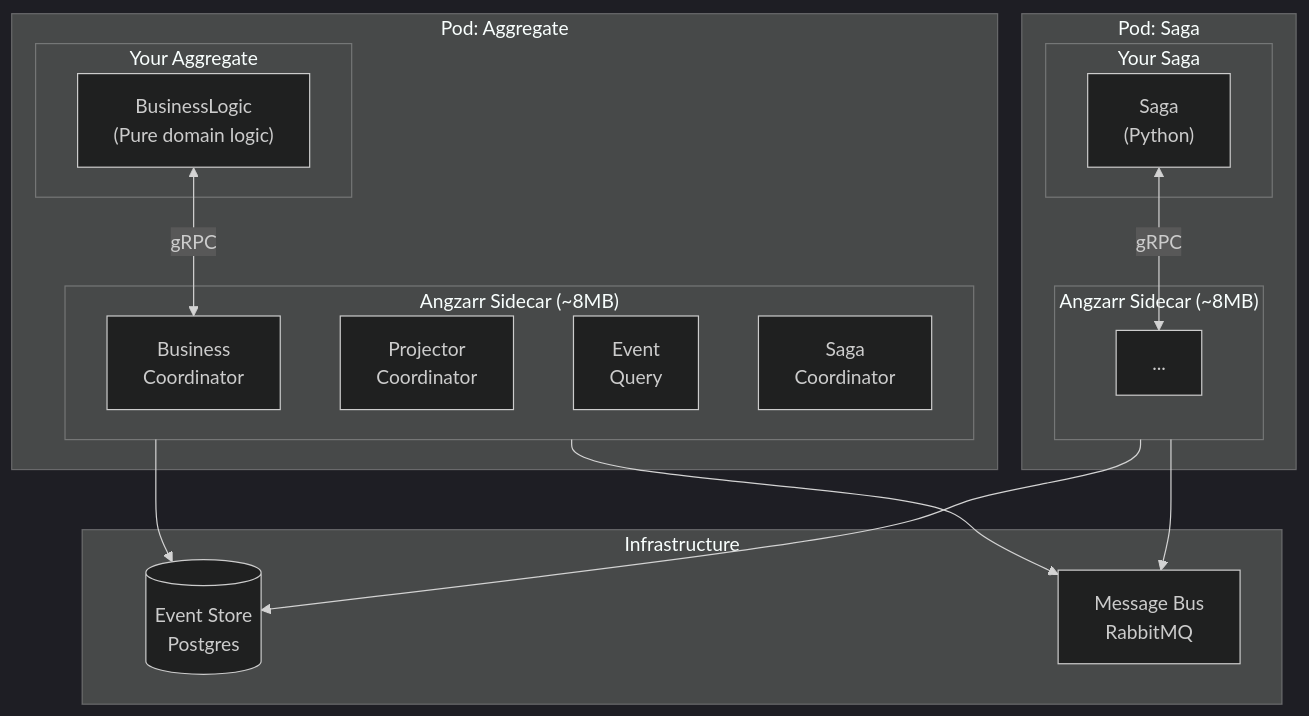
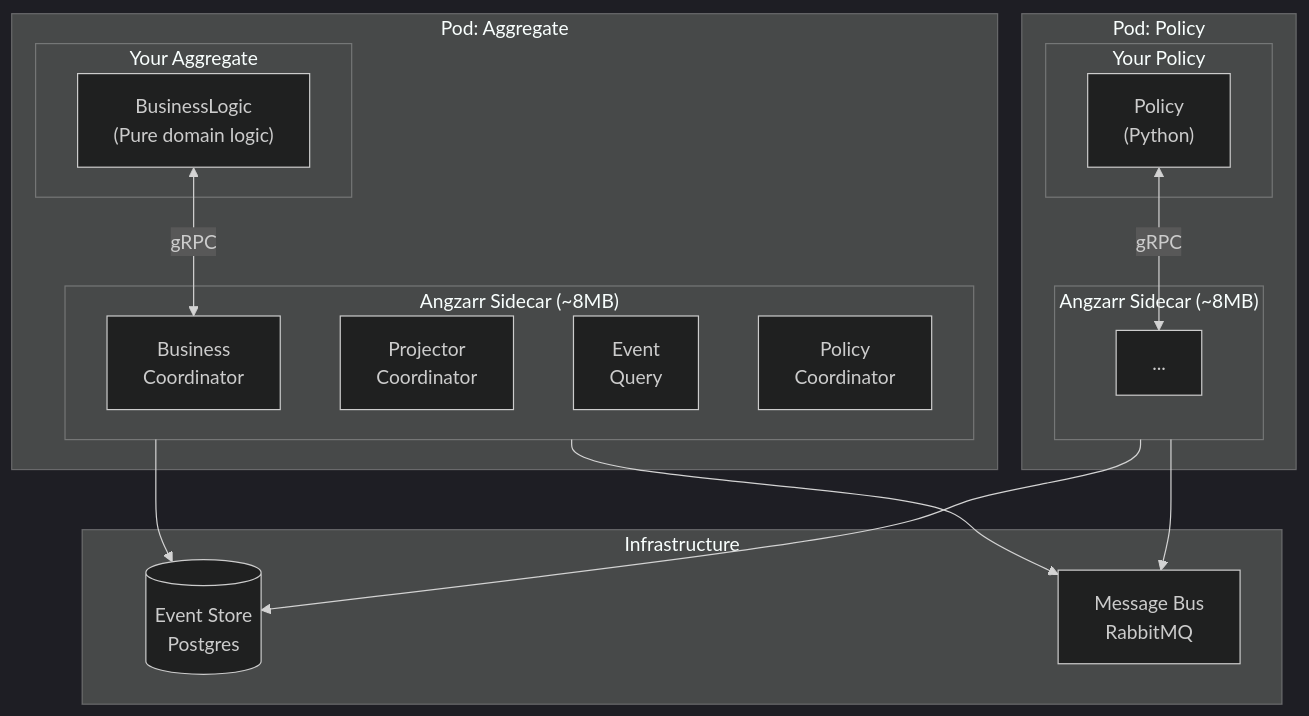
The first of 2 diagrams in site/src/content/docs/pitch.mdx (angzarr-io/angzarr-project), drawn with Mermaid (dark theme) before and after one commit. The commit also changed other lines of this file and 52 other files, not shown here.

````diff
--- a/site/src/content/docs/pitch.mdx
+++ b/site/src/content/docs/pitch.mdx
@@ -92,35 +92,35 @@
 ```mermaid
 flowchart TB
     subgraph Pod1["Pod: Aggregate"]
         subgraph YourCode1["Your Aggregate"]
             BL["BusinessLogic<br/>(Pure domain logic)"]
         end
         subgraph Sidecar1["Angzarr Sidecar (~8MB)"]
             BC["Business<br/>Coordinator"]
             PC["Projector<br/>Coordinator"]
             EQ["Event<br/>Query"]
-            SC["Saga<br/>Coordinator"]
+            SC["Policy<br/>Coordinator"]
         end
         BL <-->|gRPC| BC
     end
 
-    subgraph Pod2["Pod: Saga"]
-        subgraph YourCode2["Your Saga"]
-            SAGA["Saga<br/>(Python)"]
+    subgraph Pod2["Pod: Policy"]
+        subgraph YourCode2["Your Policy"]
+            POLICY["Policy<br/>(Python)"]
         end
         subgraph Sidecar2["Angzarr Sidecar (~8MB)"]
             SC2["..."]
         end
-        SAGA <-->|gRPC| SC2
+        POLICY <-->|gRPC| SC2
     end
 
     subgraph Infra["Infrastructure"]
         ES[(Event Store<br/>Postgres)]
         BUS[Message Bus<br/>RabbitMQ]
     end
 
     Sidecar1 --> ES
     Sidecar1 --> BUS
     Sidecar2 --> ES
     Sidecar2 --> BUS
 ```
````
